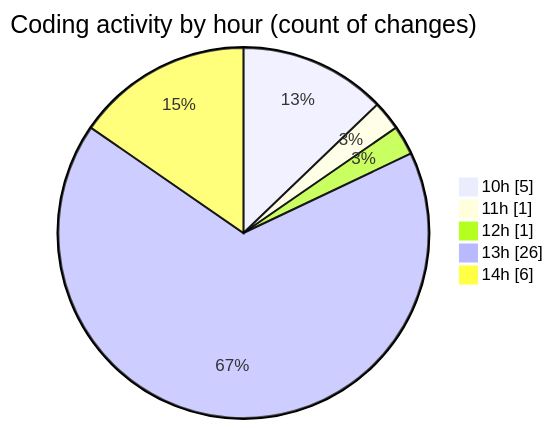
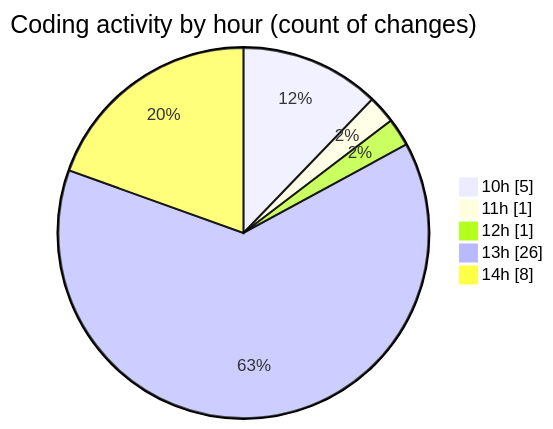
Before and after one commit to momahboobian/code-tracking: the second of 2 diagrams in 2026-04-21/cda/README.md, drawn with Mermaid. The commit also changed other lines of this file and 1 other file, not shown here.

````diff
--- a/2026-04-21/cda/README.md
+++ b/2026-04-21/cda/README.md
@@ -58,9 +60,9 @@
 ```mermaid
 pie showData
 title Coding activity by hour (count of changes)
 "10h" : 5
 "11h" : 1
 "12h" : 1
 "13h" : 26
-"14h" : 6
+"14h" : 8
 ```
````
